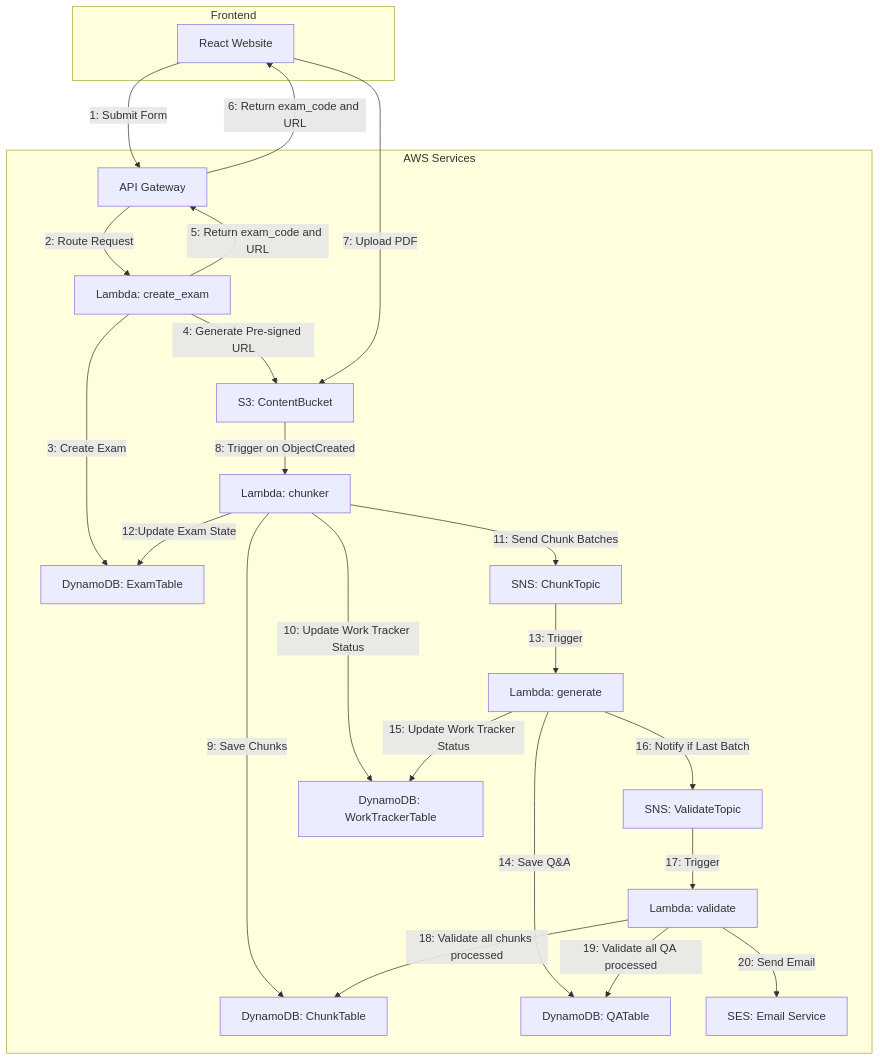
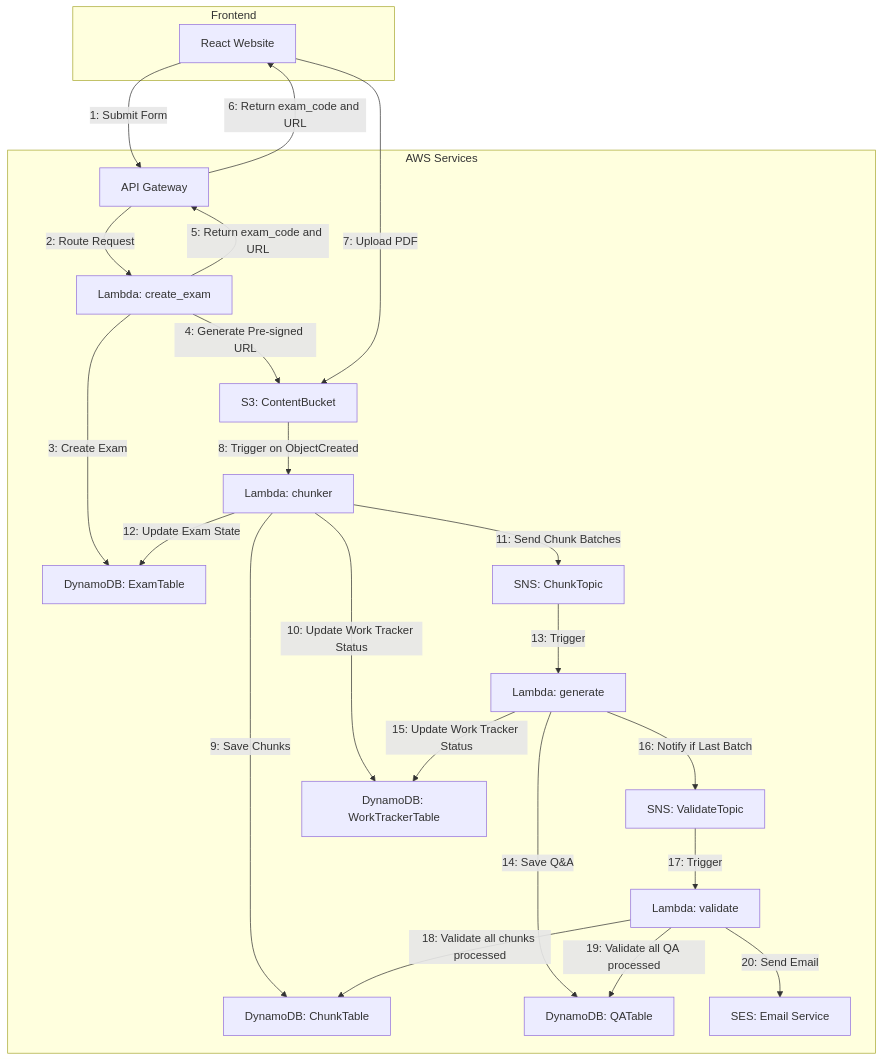
Before and after one commit to rajkorde/ExamGPTCloud: the fourth of 4 diagrams in README.md, drawn with Mermaid. The commit also changed other lines of this file, not shown here.

````diff
--- a/README.md
+++ b/README.md
@@ -216,44 +216,44 @@
 ```mermaid
 graph TB
     subgraph "Frontend"
         A[React Website]
     end
 
     subgraph "AWS Services"
         C[API Gateway]
         D[Lambda: create_exam]
         E[DynamoDB: ExamTable]
         F[S3: ContentBucket]
         G[Lambda: chunker]
         H[DynamoDB: ChunkTable]
         I[SNS: ChunkTopic]
         J[Lambda: generate]
         K[DynamoDB: QATable]
         L[SNS: ValidateTopic]
         M[Lambda: validate]
         N[SES: Email Service]
         R[DynamoDB: WorkTrackerTable]
     end
 
 
     A -->|1: Submit Form| C
     C -->|2: Route Request| D
     D -->|3: Create Exam| E
     D -->|4: Generate Pre-signed URL| F
     D -->|5: Return exam_code and URL| C
     C -->|6: Return exam_code and URL| A
     A -->|7: Upload PDF| F
     F -->|8: Trigger on ObjectCreated| G
     G -->|9: Save Chunks| H
     G -->|10: Update Work Tracker Status| R
     G -->|11: Send Chunk Batches| I
-    G -->|12:Update Exam State |E
+    G -->|12: Update Exam State |E
     I -->|13: Trigger| J
     J -->|14: Save Q&A| K
     J -->|15: Update Work Tracker Status| R
     J -->|16: Notify if Last Batch| L
     L -->|17: Trigger| M
     M -->|18: Validate all chunks processed| H
     M -->|19: Validate all QA processed| K
     M -->|20: Send Email| N
 ```
````
